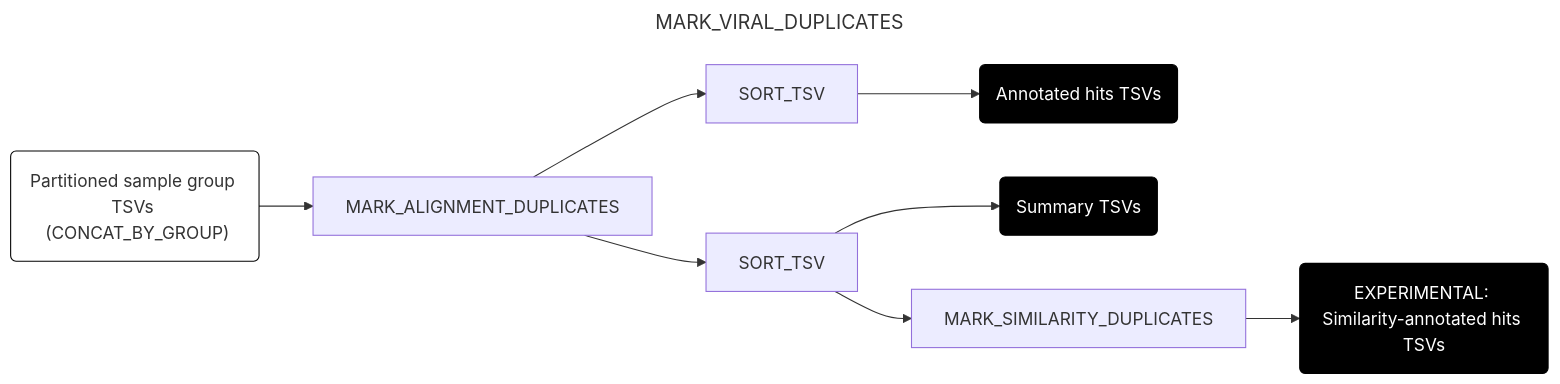
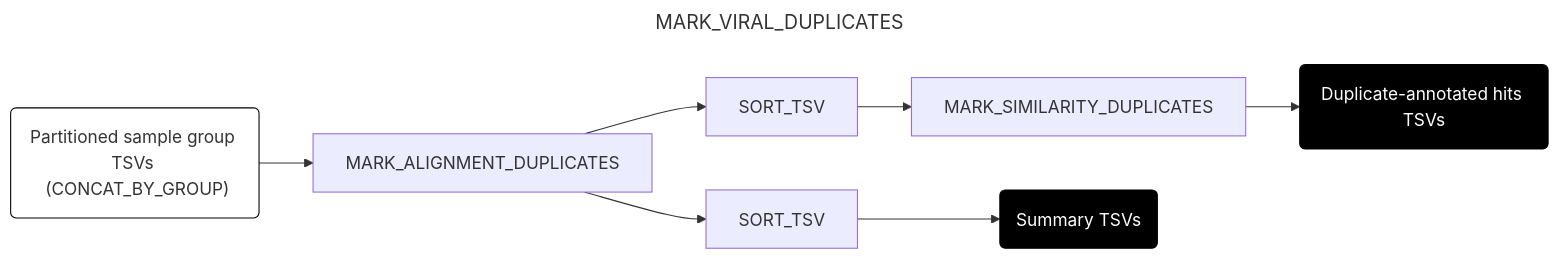
The fourth of 10 diagrams in docs/downstream.md (securebio/nao-mgs-workflow), drawn with Mermaid before and after one commit. The commit also changed other lines of this file and 10 other files, not shown here.

````diff
--- a/docs/downstream.md
+++ b/docs/downstream.md
@@ -157,19 +163,17 @@
 ```mermaid
 ---
 title: MARK_VIRAL_DUPLICATES
 config:
   layout: horizontal
 ---
 flowchart LR
 A("Partitioned sample group TSVs <br> (CONCAT_BY_GROUP)") --> B[MARK_ALIGNMENT_DUPLICATES]
 B --> C[SORT_TSV]
 B --> D[SORT_TSV]
-C --> E(Annotated hits TSVs)
+C --> E[MARK_SIMILARITY_DUPLICATES]
 D --> F(Summary TSVs)
-D --> G[MARK_SIMILARITY_DUPLICATES]
-G --> H(EXPERIMENTAL: Similarity-annotated hits TSVs)
+E --> G(Duplicate-annotated hits TSVs)
 style A fill:#fff,stroke:#000
-style E fill:#000,color:#fff,stroke:#000
 style F fill:#000,color:#fff,stroke:#000
-style H fill:#000,color:#fff,stroke:#000
+style G fill:#000,color:#fff,stroke:#000
 ```
````
